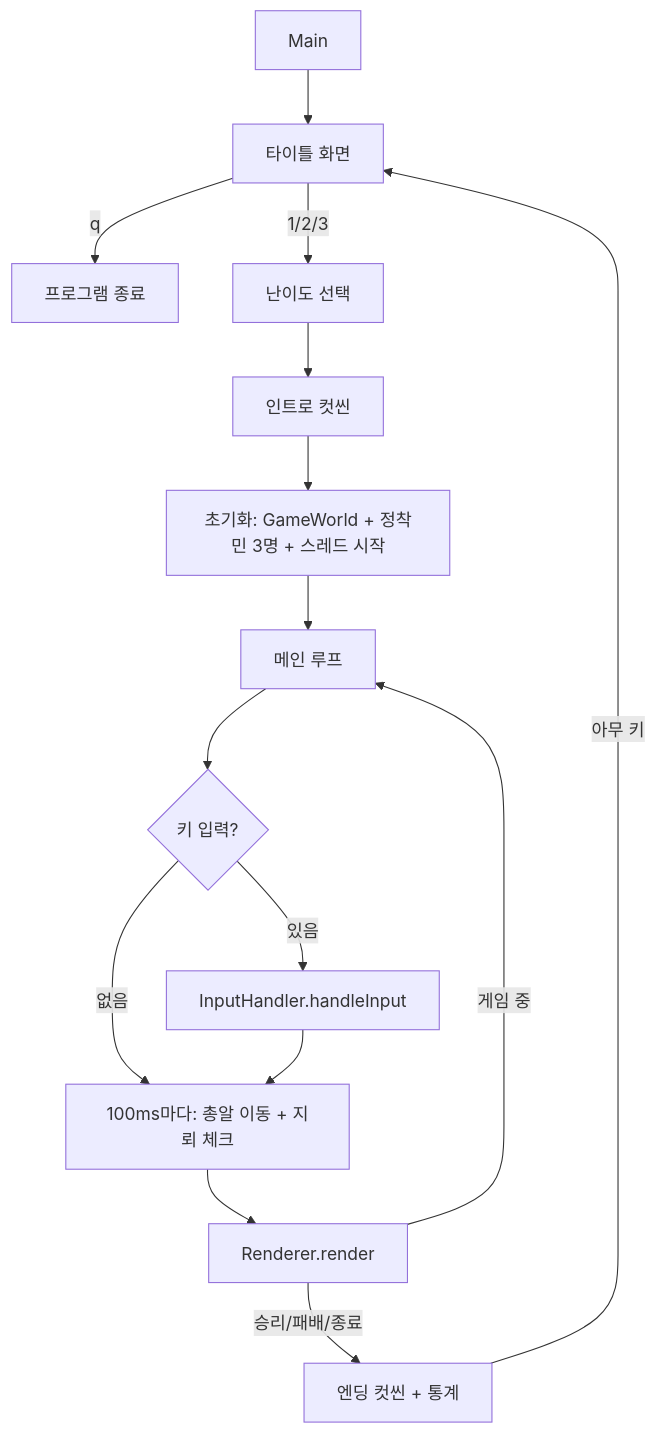
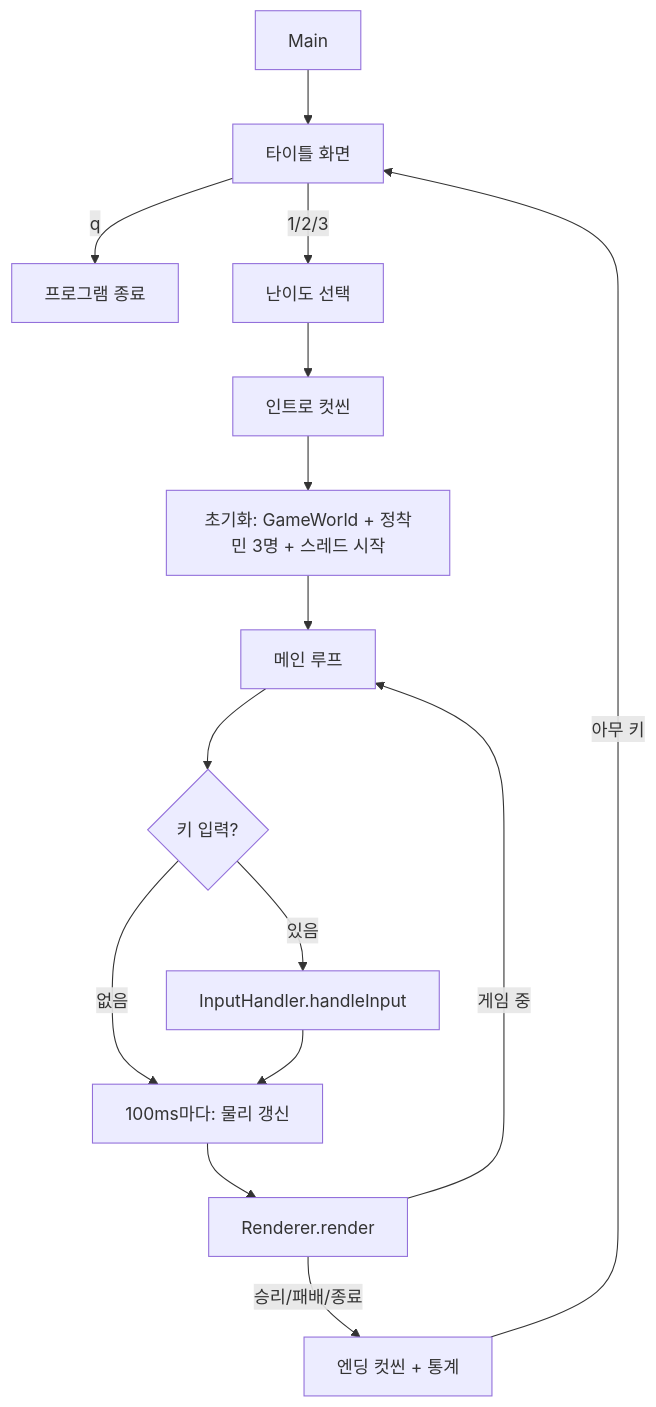
Before and after one commit to weweweme/teamnova_basic_class: the tenth of 13 diagrams in week6/CLAUDE.md, drawn with Mermaid. The commit also changed other lines of this file, not shown here.

````diff
--- a/week6/CLAUDE.md
+++ b/week6/CLAUDE.md
@@ -431,18 +488,18 @@
 ```mermaid
 graph TD
     START[Main] --> TITLE[타이틀 화면]
     TITLE -->|q| EXIT[프로그램 종료]
     TITLE -->|1/2/3| DIFF[난이도 선택]
     DIFF --> INTRO[인트로 컷씬]
     INTRO --> INIT[초기화: GameWorld + 정착민 3명 + 스레드 시작]
     INIT --> LOOP[메인 루프]
 
     LOOP --> INPUT{키 입력?}
     INPUT -->|있음| HANDLE[InputHandler.handleInput]
     INPUT -->|없음| PHYSICS
-    HANDLE --> PHYSICS[100ms마다: 총알 이동 + 지뢰 체크]
+    HANDLE --> PHYSICS[100ms마다: 물리 갱신]
     PHYSICS --> RENDER[Renderer.render]
     RENDER -->|게임 중| LOOP
     RENDER -->|승리/패배/종료| ENDSCENE[엔딩 컷씬 + 통계]
     ENDSCENE -->|아무 키| TITLE
 ```
````
